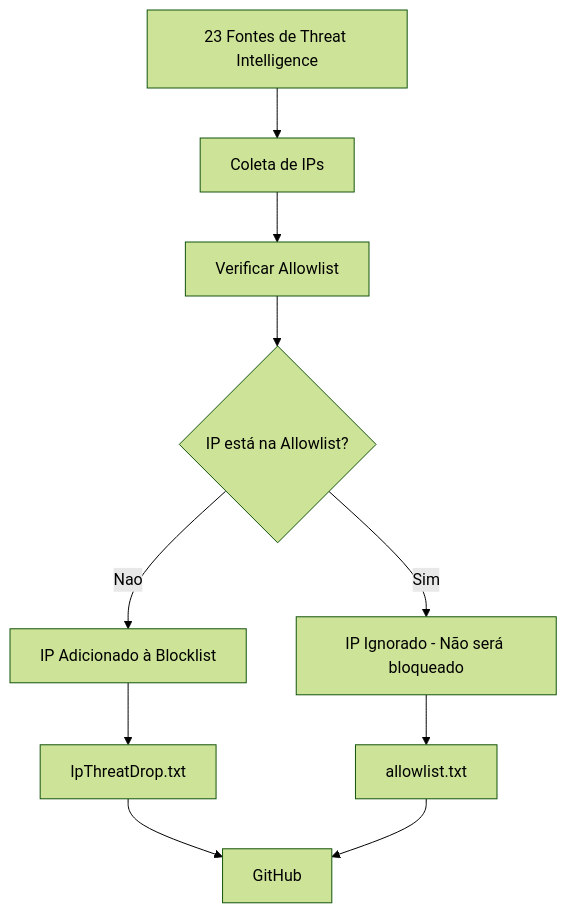
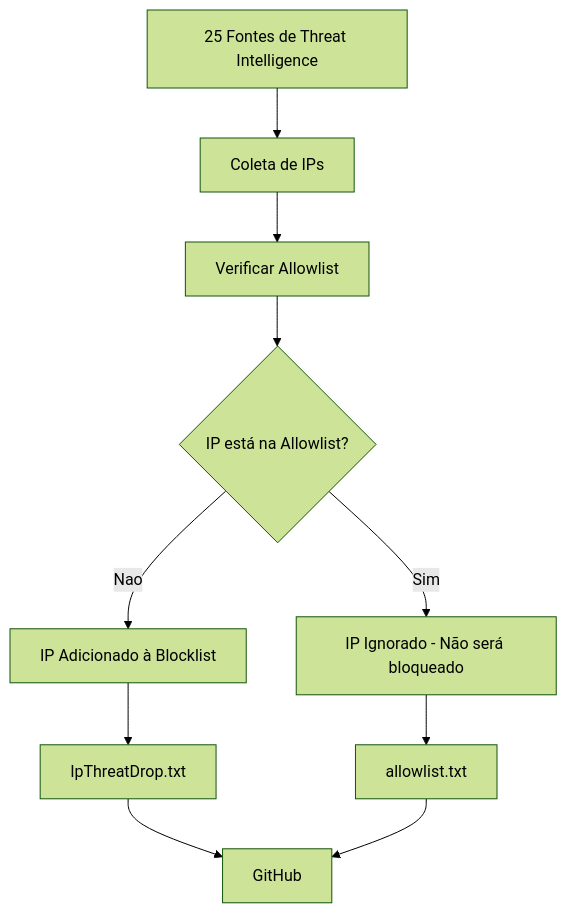
The diagram in README.md (marciosx/IpThreatDrop), drawn with Mermaid (forest theme) before and after one commit. The commit also changed other lines of this file, not shown here.

````diff
--- a/README.md
+++ b/README.md
@@ -61,12 +61,12 @@
 ```mermaid
 graph TD
-    A[23 Fontes de Threat Intelligence] --> B[Coleta de IPs]
+    A[25 Fontes de Threat Intelligence] --> B[Coleta de IPs]
     B --> C[Verificar Allowlist]
     C --> D{IP está na Allowlist?}
     D -->|Sim| E[IP Ignorado - Não será bloqueado]
     D -->|Nao| F[IP Adicionado à Blocklist]
 	    F --> G[IpThreatDrop.txt]
     E --> H[allowlist.txt]
     G --> I[GitHub]
     H --> I
 ```
````
